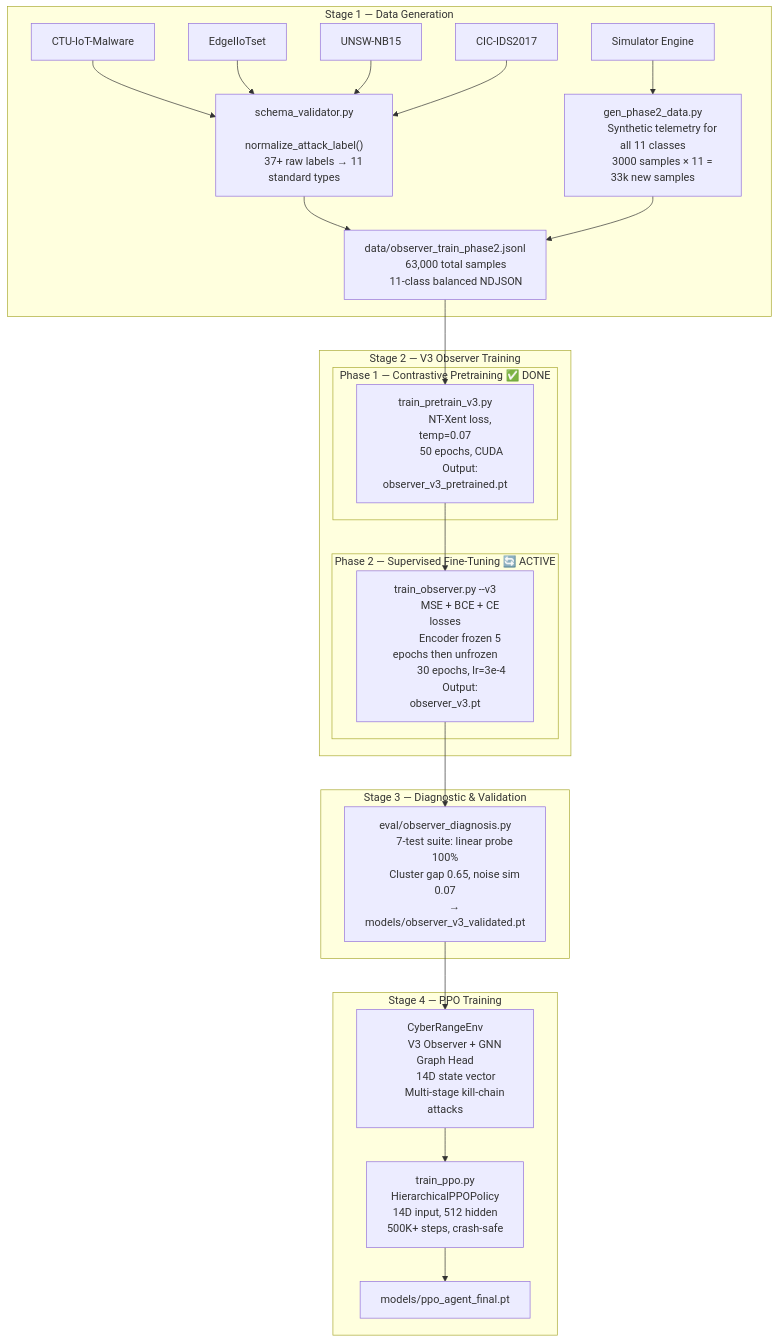
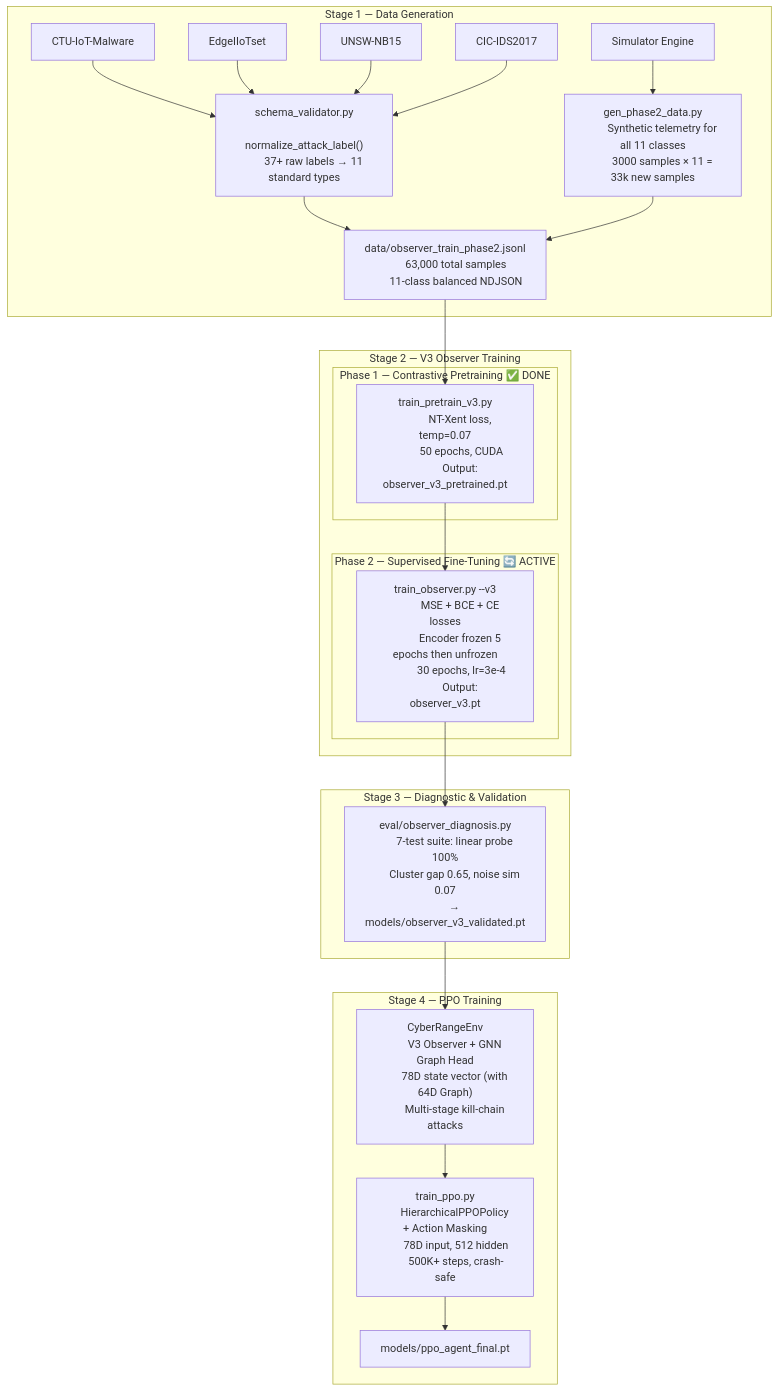
One commit to didi-09/AI_DRIVEN_SOAR changed the first of 15 diagrams in README.md. Above: the diagram before and after it, drawn with Mermaid. The commit also changed other lines of this file, not shown here.

First line of the commit message:
Revise state vector to 78D and update reward function

````diff
--- a/README.md
+++ b/README.md
@@ -23,54 +23,54 @@
 ```mermaid
 flowchart TD
     subgraph S1["Stage 1 — Data Generation"]
         DS1["CTU-IoT-Malware"]
         DS2["EdgeIIoTset"]
         DS3["UNSW-NB15"]
         DS4["CIC-IDS2017"]
         DS5["Simulator Engine"]
         DS1 & DS2 & DS3 & DS4 --> NORM["schema_validator.py
         normalize_attack_label()
         37+ raw labels → 11 standard types"]
         DS5 --> GEN["gen_phase2_data.py
         Synthetic telemetry for all 11 classes
         3000 samples × 11 = 33k new samples"]
         NORM & GEN --> MERGE["data/observer_train_phase2.jsonl
         63,000 total samples
         11-class balanced NDJSON"]
     end
 
     subgraph S2["Stage 2 — V3 Observer Training"]
         subgraph P1["Phase 1 — Contrastive Pretraining ✅ DONE"]
             MERGE --> PRE["train_pretrain_v3.py
             NT-Xent loss, temp=0.07
             50 epochs, CUDA
             Output: observer_v3_pretrained.pt"]
         end
         subgraph P2["Phase 2 — Supervised Fine-Tuning 🔄 ACTIVE"]
             PRE --> FT["train_observer.py --v3
             MSE + BCE + CE losses
             Encoder frozen 5 epochs then unfrozen
             30 epochs, lr=3e-4
             Output: observer_v3.pt"]
         end
     end
 
     subgraph S3["Stage 3 — Diagnostic & Validation"]
         FT --> DIAG["eval/observer_diagnosis.py
         7-test suite: linear probe 100%
         Cluster gap 0.65, noise sim 0.07
         → models/observer_v3_validated.pt"]
     end
 
     subgraph S4["Stage 4 — PPO Training"]
         DIAG --> ENV["CyberRangeEnv
         V3 Observer + GNN Graph Head
-        14D state vector
+        78D state vector (with 64D Graph)
         Multi-stage kill-chain attacks"]
         ENV --> PPO["train_ppo.py
-        HierarchicalPPOPolicy
-        14D input, 512 hidden
+        HierarchicalPPOPolicy + Action Masking
+        78D input, 512 hidden
         500K+ steps, crash-safe"]
         PPO --> AGENT["models/ppo_agent_final.pt"]
     end
 ```
````
